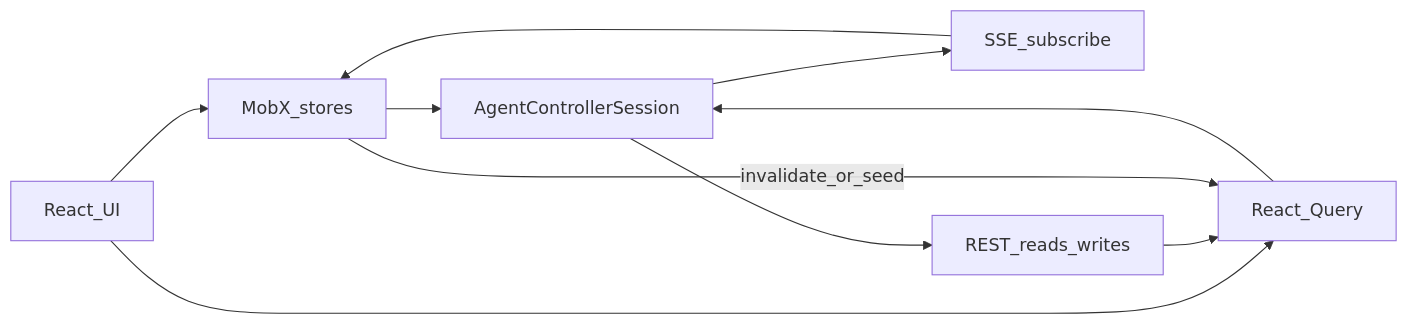
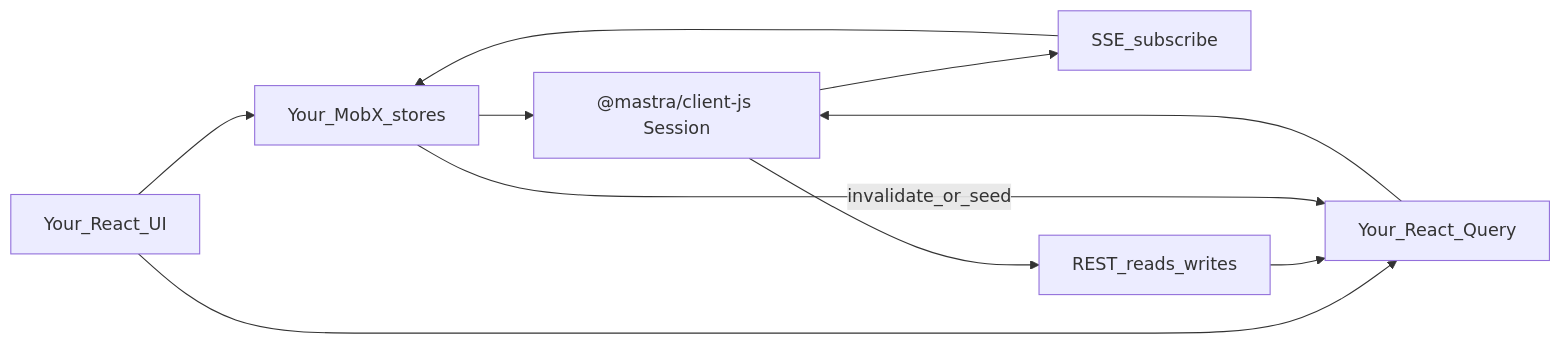
The first of 3 diagrams in docs/plans/agent-controller-ui-state-mobx-react-query.md (frontleapsoftware/mastra), drawn with Mermaid before and after one commit. The commit also changed other lines of this file, not shown here.

First line of the commit message:
docs: make Agent Controller UI plan portable for standalone apps

````diff
--- a/docs/plans/agent-controller-ui-state-mobx-react-query.md
+++ b/docs/plans/agent-controller-ui-state-mobx-react-query.md
@@ -84,12 +106,12 @@
 ```mermaid
 flowchart LR
-  UI[React_UI] --> MobX[MobX_stores]
-  UI --> RQ[React_Query]
-  MobX --> Client["AgentControllerSession"]
+  UI[Your_React_UI] --> MobX[Your_MobX_stores]
+  UI --> RQ[Your_React_Query]
+  MobX --> Client["@mastra/client-js Session"]
   RQ --> Client
   Client --> SSE[SSE_subscribe]
   Client --> HTTP[REST_reads_writes]
   SSE --> MobX
   HTTP --> RQ
   MobX -->|"invalidate_or_seed"| RQ
 ```
````
